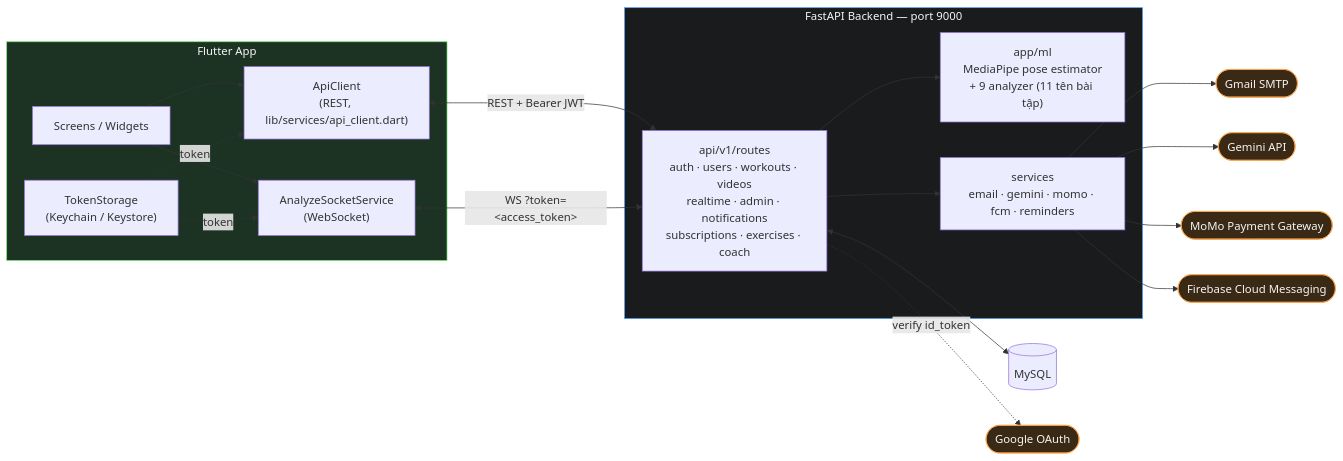
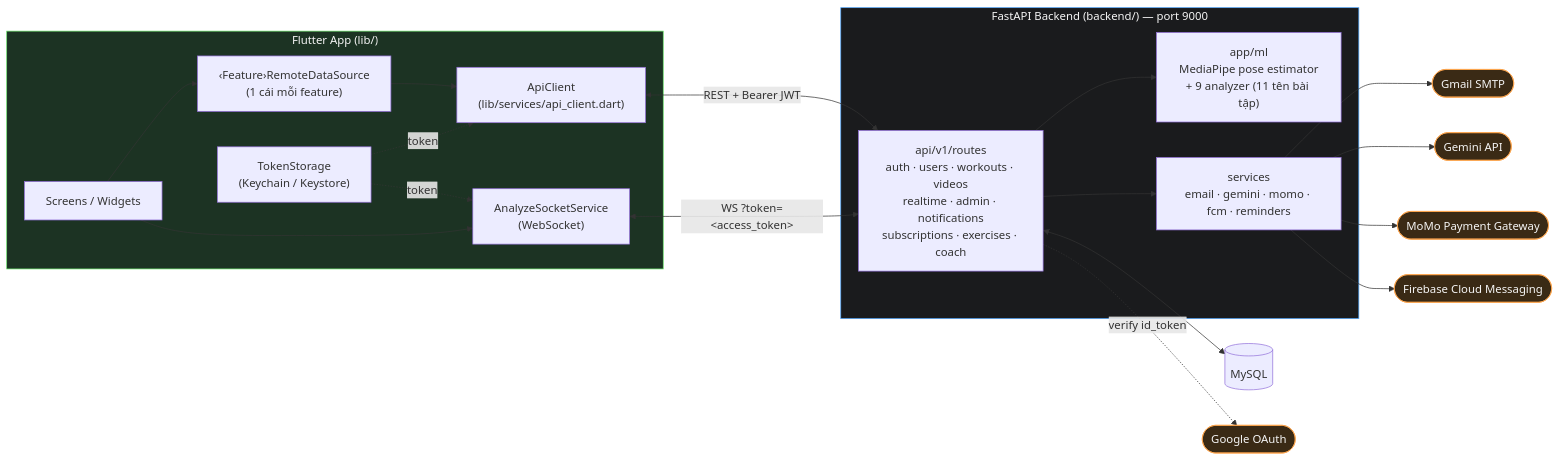
Before and after one commit to gwiz-bit/PostureX: the fourth of 4 diagrams in docs/ARCHITECTURE.md, drawn with Mermaid. The commit also changed other lines of this file and 1 other file, not shown here.

````diff
--- a/docs/ARCHITECTURE.md
+++ b/docs/ARCHITECTURE.md
@@ -53,47 +138,48 @@
 ```mermaid
 flowchart LR
-    subgraph Client["Flutter App"]
-        UI[Screens / Widgets]
-        ApiClient["ApiClient<br/>(REST, lib/services/api_client.dart)"]
+    subgraph Client["Flutter App (lib/)"]
+        UI["Screens / Widgets"]
+        RDS["‹Feature›RemoteDataSource<br/>(1 cái mỗi feature)"]
+        ApiClient["ApiClient<br/>(lib/services/api_client.dart)"]
         WS["AnalyzeSocketService<br/>(WebSocket)"]
         TokenStorage["TokenStorage<br/>(Keychain / Keystore)"]
     end
 
-    subgraph Backend["FastAPI Backend — port 9000"]
+    subgraph Backend["FastAPI Backend (backend/) — port 9000"]
         Routes["api/v1/routes<br/>auth · users · workouts · videos<br/>realtime · admin · notifications<br/>subscriptions · exercises · coach"]
         ML["app/ml<br/>MediaPipe pose estimator<br/>+ 9 analyzer (11 tên bài tập)"]
         Services["services<br/>email · gemini · momo · fcm · reminders"]
     end
 
     DB[("MySQL")]
     Google(["Google OAuth"])
     Gemini(["Gemini API"])
     MoMo(["MoMo Payment Gateway"])
     SMTP(["Gmail SMTP"])
     FCM(["Firebase Cloud Messaging"])
 
-    UI --> ApiClient
+    UI --> RDS --> ApiClient
     UI --> WS
     TokenStorage -.token.-> ApiClient
     TokenStorage -.token.-> WS
 
     ApiClient <-->|"REST + Bearer JWT"| Routes
     WS <-->|"WS ?token=&lt;access_token&gt;"| Routes
 
     Routes --> ML
     Routes --> Services
     Routes <--> DB
 
     Services --> SMTP
     Services --> Gemini
     Services --> MoMo
     Services --> FCM
     Routes -. "verify id_token" .-> Google
 
     classDef client fill:#1c3323,stroke:#6DE86D,color:#F5F5F5
     classDef backend fill:#1A1B1D,stroke:#4DA6FF,color:#F5F5F5
     classDef ext fill:#3a2a15,stroke:#FFA64D,color:#F5F5F5
     class Client client
     class Backend backend
     class Google,Gemini,MoMo,SMTP,FCM ext
 ```
````
